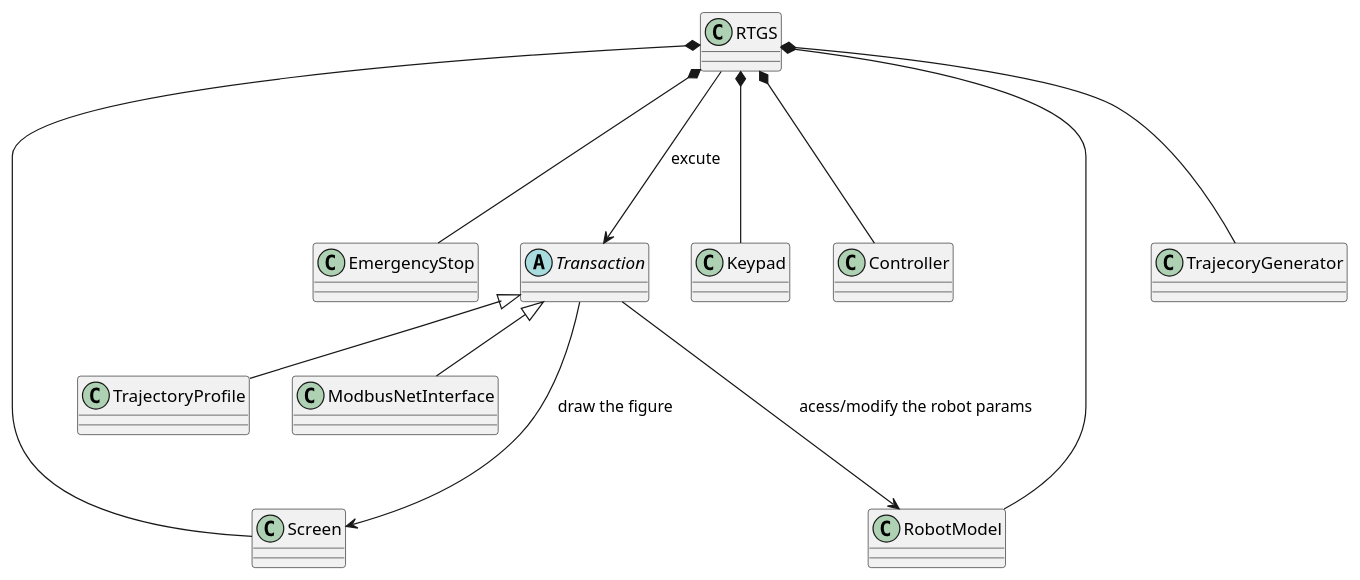
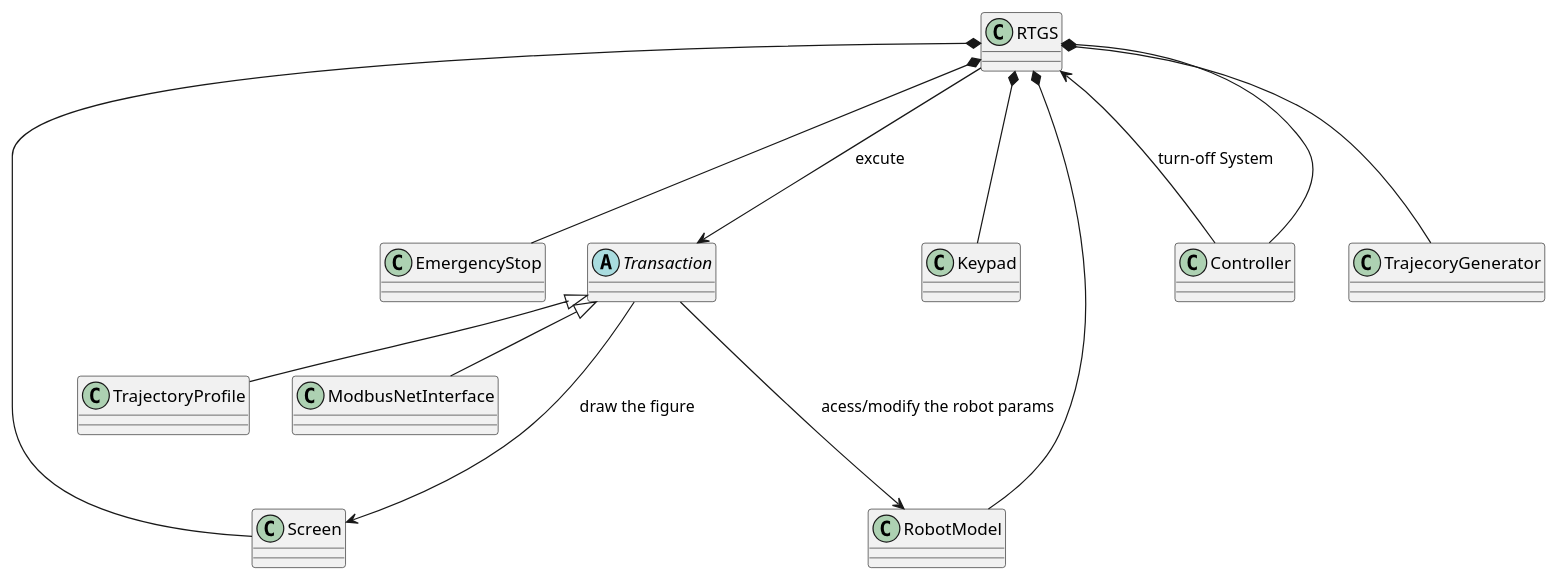
One commit to MarcioFreitasUFSC21/RTGS-Master-Course-System changed the diagram in classesRTGS.plantuml. Above: the diagram before and after it, drawn with PlantUML. The commit also changed 1 other file, not shown here.

Commit message:
Colaboration diagrams read and Class diagrams have concluded

```diff
--- a/classesRTGS.plantuml
+++ b/classesRTGS.plantuml
@@ -1,14 +1,15 @@
 @startuml
 abstract class "Transaction"
 RTGS *---EmergencyStop
 RTGS *---Screen
 RTGS *---Keypad
 RTGS *---Controller
 RTGS *--- RobotModel
 RTGS *--- TrajecoryGenerator
 RTGS ---> "Transaction" : excute
 "Transaction" <|-- TrajectoryProfile
 "Transaction" <|-- ModbusNetInterface
 "Transaction" ---> RobotModel : acess/modify the robot params
 "Transaction" ---> Screen : draw the figure
+Controller --> RTGS: turn-off System
 @enduml
```
